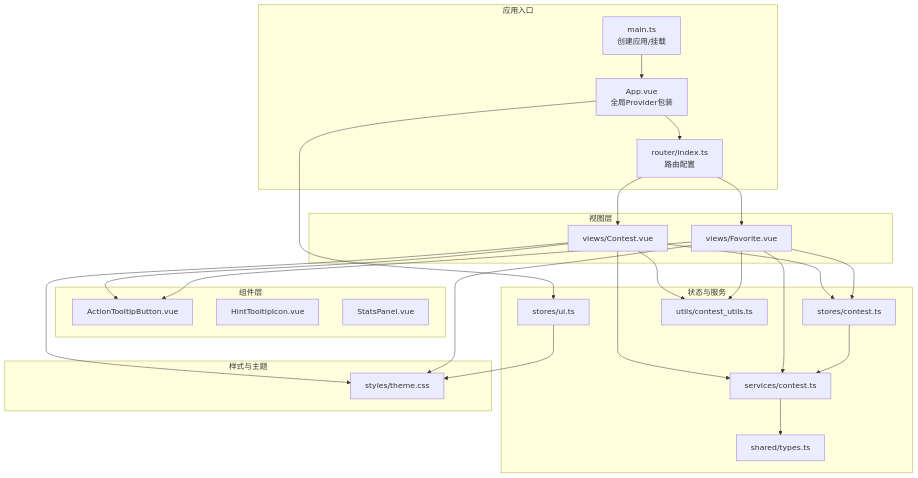
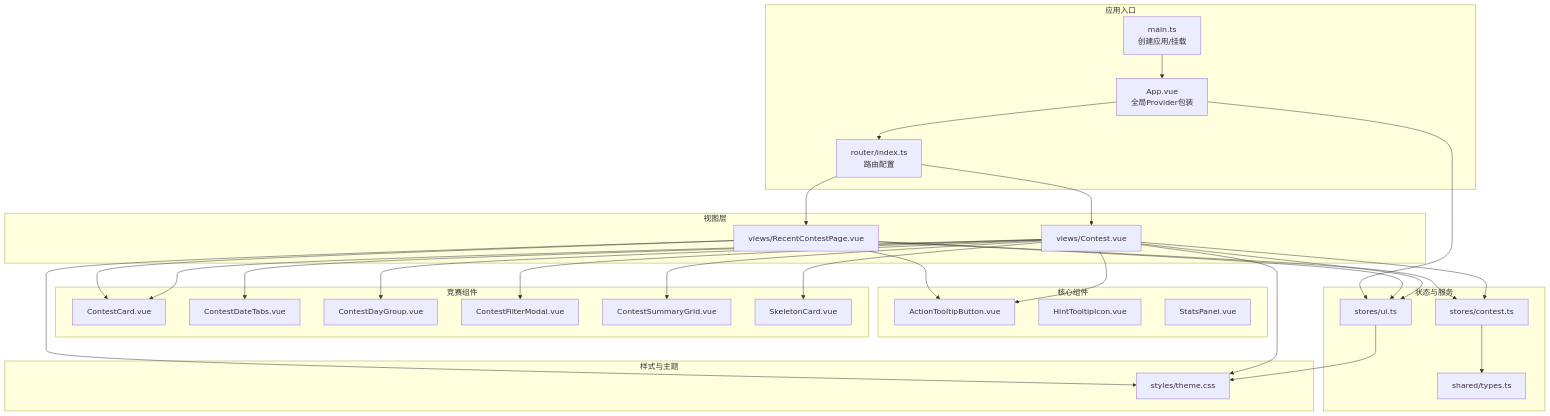
The first of 4 diagrams in .qoder/repowiki/zh/content/API参考/组件API.md (Siborne/OJFlow), drawn with Mermaid before and after one commit. The commit also changed other lines of this file and 23 other files, not shown here.

````diff
--- a/.qoder/repowiki/zh/content/API参考/组件API.md
+++ b/.qoder/repowiki/zh/content/API参考/组件API.md
@@ -40,45 +55,55 @@
 ```mermaid
 graph TB
 subgraph "应用入口"
 A["main.ts<br/>创建应用/挂载"]
 B["App.vue<br/>全局Provider包装"]
 R["router/index.ts<br/>路由配置"]
 end
-subgraph "组件层"
+subgraph "核心组件"
 C1["ActionTooltipButton.vue"]
 C2["HintTooltipIcon.vue"]
 C3["StatsPanel.vue"]
 end
+subgraph "竞赛组件"
+CC1["ContestCard.vue"]
+CC2["ContestDateTabs.vue"]
+CC3["ContestDayGroup.vue"]
+CC4["ContestFilterModal.vue"]
+CC5["ContestSummaryGrid.vue"]
+CC6["SkeletonCard.vue"]
+end
 subgraph "视图层"
 V1["views/Contest.vue"]
-V2["views/Favorite.vue"]
+V2["views/RecentContestPage.vue"]
 end
 subgraph "状态与服务"
 S1["stores/ui.ts"]
 S2["stores/contest.ts"]
-SV["services/contest.ts"]
-U["utils/contest_utils.ts"]
 T["shared/types.ts"]
 end
 subgraph "样式与主题"
 ST["styles/theme.css"]
 end
 A --> B
 B --> R
 R --> V1
 R --> V2
 V1 --> C1
 V2 --> C1
+V1 --> CC1
+V1 --> CC2
+V1 --> CC3
+V1 --> CC4
+V1 --> CC5
+V1 --> CC6
+V2 --> CC1
 V1 --> S2
 V2 --> S2
-V1 --> SV
-V2 --> SV
-V1 --> U
-V2 --> U
+V1 --> S1
+V2 --> S1
+B --> S1
+S1 --> ST
+S2 --> T
 V1 --> ST
 V2 --> ST
-B --> S1
-S1 --> ST
-S2 --> SV
-SV --> T
 ```
````
